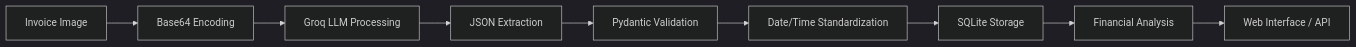
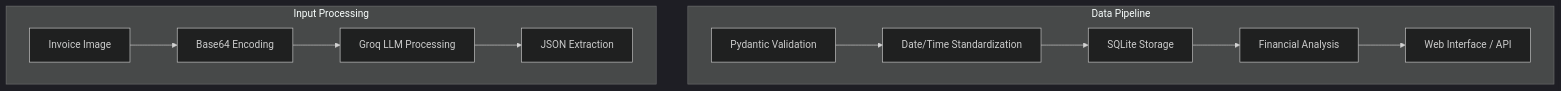
The diagram in README.md (daruoktab/hackathon), drawn with Mermaid (dark theme) before and after one commit. The commit also changed other lines of this file, not shown here.

Commit message:
🔧 Fix AI Processing Pipeline diagram layout - Improved mermaid diagram structure for better visual flow - Reorganized subgraphs to display pipeline in logical order - Enhanced readability of the processing workflow diagram

````diff
--- a/README.md
+++ b/README.md
@@ -174,11 +174,9 @@
 ```mermaid
-graph LR
-    A[Invoice Image] --> B[Base64 Encoding]
-    B --> C[Groq LLM Processing]
-    C --> D[JSON Extraction]
-    D --> E[Pydantic Validation]
-    E --> F[Date/Time Standardization]
-    F --> G[SQLite Storage]
-    G --> H[Financial Analysis]
-    H --> I[Web Interface / API]
+graph TD
+    subgraph "Data Pipeline"
+        E[Pydantic Validation] --> F[Date/Time Standardization] --> G[SQLite Storage] --> H[Financial Analysis] --> I[Web Interface / API]
+    end
+    subgraph "Input Processing"
+        A[Invoice Image] --> B[Base64 Encoding] --> C[Groq LLM Processing] --> D[JSON Extraction]
+    end
 ```
````
